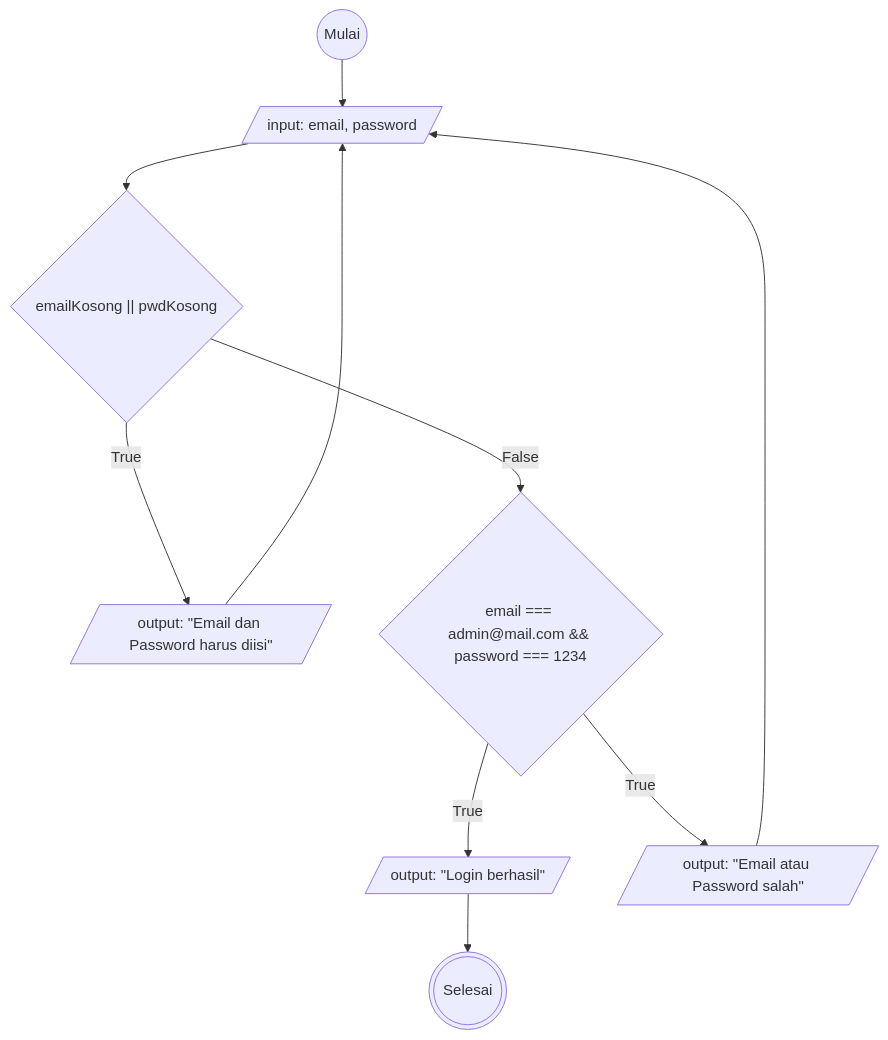
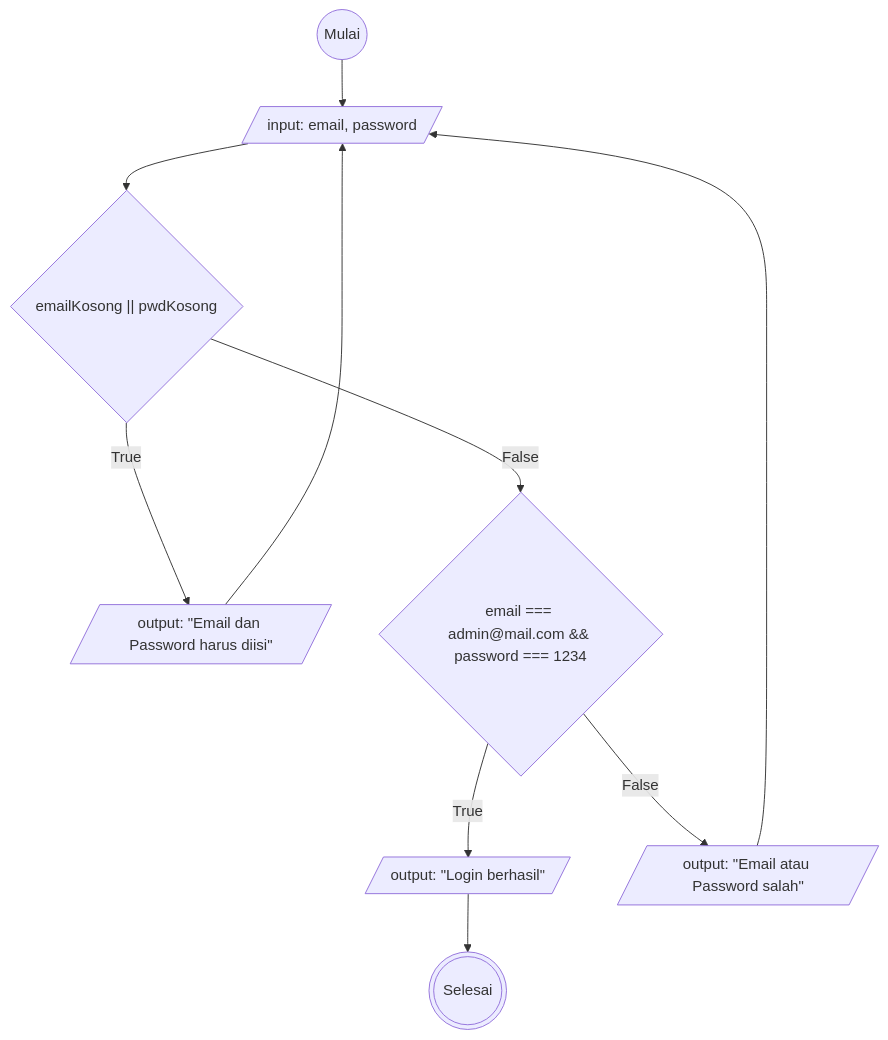
Before and after one commit to Arif14377/koda-b6-algoritma: the diagram in flowchart-email-password.md, drawn with Mermaid.

````diff
--- a/flowchart-email-password.md
+++ b/flowchart-email-password.md
@@ -1,21 +1,21 @@
 ```mermaid
 flowchart TD
 start@{shape: circle, label: "Mulai"}
 input@{ shape: lean-r, label: "input: email, password"}
 decisionIsi@{ shape: diamond, label: "emailKosong || pwdKosong" }
 outputKosong@{ shape: lean-r, label: 'output: "Email dan Password harus diisi"'}
 decisionLogin@{ shape: diamond, label: "email === admin@mail.com && password === 1234" }
 outputBerhasil@{ shape: lean-r, label: 'output: "Login berhasil"'}
 outputGagal@{ shape: lean-r, label: 'output: "Email atau Password salah"'}
 stop@{shape: dbl-circ, label: "Selesai"}
 
 start-->input
 input-->decisionIsi
 decisionIsi--True-->outputKosong
 outputKosong-->input
 decisionIsi--False-->decisionLogin
 decisionLogin--True-->outputBerhasil
-decisionLogin--True-->outputGagal
+decisionLogin--False-->outputGagal
 outputGagal-->input
 outputBerhasil-->stop
 ```
````
